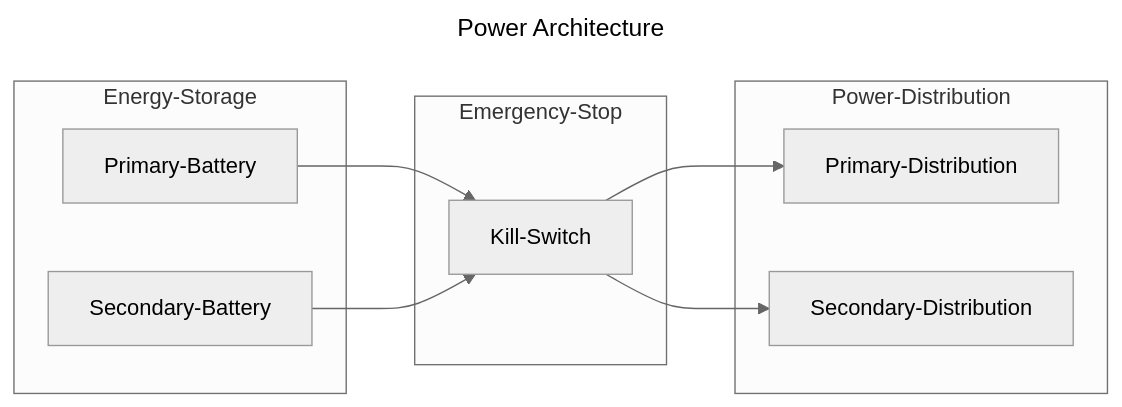
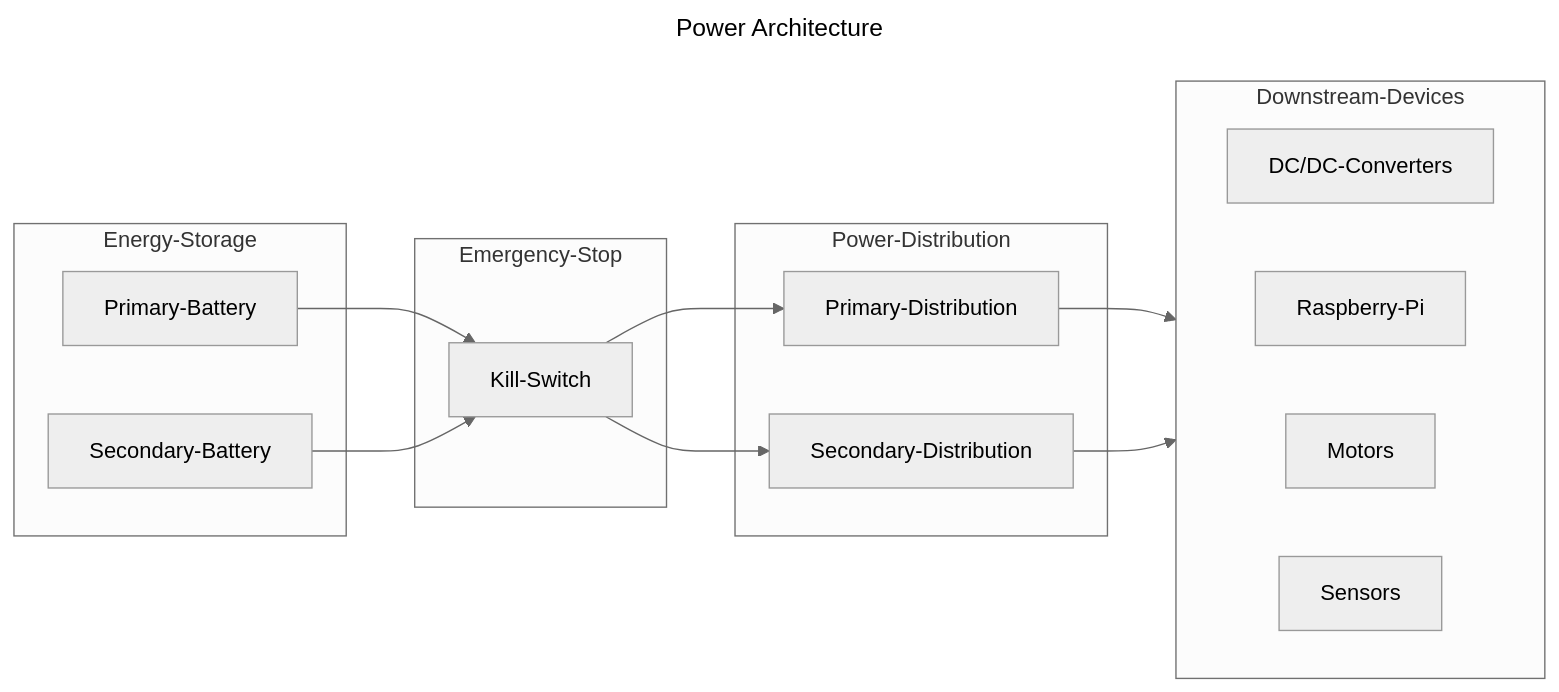
One commit to RWU-R2M/PE changed the diagram in hardware/power-architecture.mmd. Above: the diagram before and after it, drawn with Mermaid (neutral theme).

Commit message:
minor changes v1.0.1 for power arch

```diff
--- a/hardware/power-architecture.mmd
+++ b/hardware/power-architecture.mmd
@@ -1,22 +1,31 @@
 ---
 title: "Power Architecture"
 ---
-%% v1.0.0
+%% v1.0.1
 
 graph LR
 
 subgraph Energy-Storage
 Primary-Battery
 Secondary-Battery
 end
 
 Primary-Battery & Secondary-Battery --> Kill-Switch
 subgraph Emergency-Stop
 Kill-Switch
 end
 
 Kill-Switch --> Primary-Distribution & Secondary-Distribution
 subgraph Power-Distribution
 Primary-Distribution
 Secondary-Distribution
 end
+
+Primary-Distribution & Secondary-Distribution --> Downstream-Devices
+subgraph Downstream-Devices
+direction LR
+DC/DC-Converters
+Raspberry-Pi
+Motors
+Sensors
+end
```
